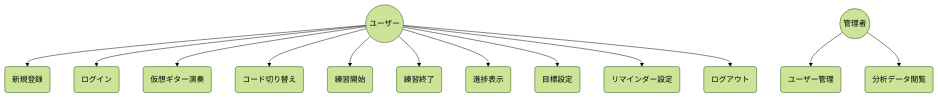
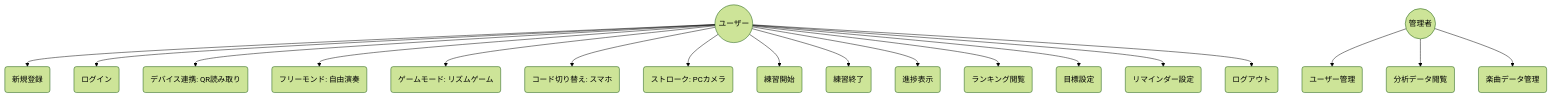
One commit to reoanrudo/air_guitar_02 changed the second of 2 diagrams in requirements.md. Above: the diagram before and after it, drawn with Mermaid (forest theme). The commit also changed other lines of this file and 2 other files, not shown here.

First line of the commit message:
docs: add game, ranking, and device collaboration features

````diff
--- a/requirements.md
+++ b/requirements.md
@@ -50,16 +59,21 @@
 ```mermaid
 graph TB
     User((ユーザー)) --> signup(新規登録)
     User --> login(ログイン)
-    User --> play_guitar(仮想ギター演奏)
-    User --> change_chord(コード切り替え)
+    User --> pair_devices(デバイス連携: QR読み取り)
+    User --> play_free(フリーモンド: 自由演奏)
+    User --> play_game(ゲームモード: リズムゲーム)
+    User --> change_chord(コード切り替え: スマホ)
+    User --> strum_guitar(ストローク: PCカメラ)
     User --> start_practice(練習開始)
     User --> stop_practice(練習終了)
     User --> view_progress(進捗表示)
+    User --> view_ranking(ランキング閲覧)
     User --> set_goal(目標設定)
     User --> configure_reminder(リマインダー設定)
     User((ユーザー)) --> logout(ログアウト)
 
     Admin((管理者)) --> manage_users(ユーザー管理)
     Admin --> view_analytics(分析データ閲覧)
+    Admin --> manage_games(楽曲データ管理)
 ```
````
